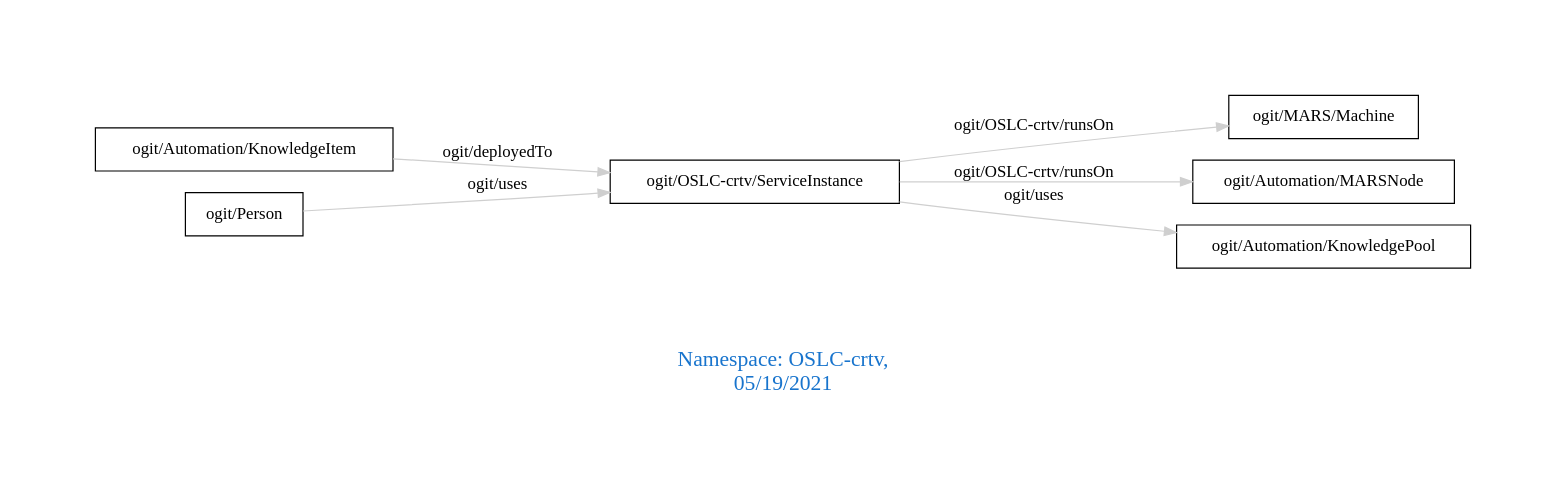
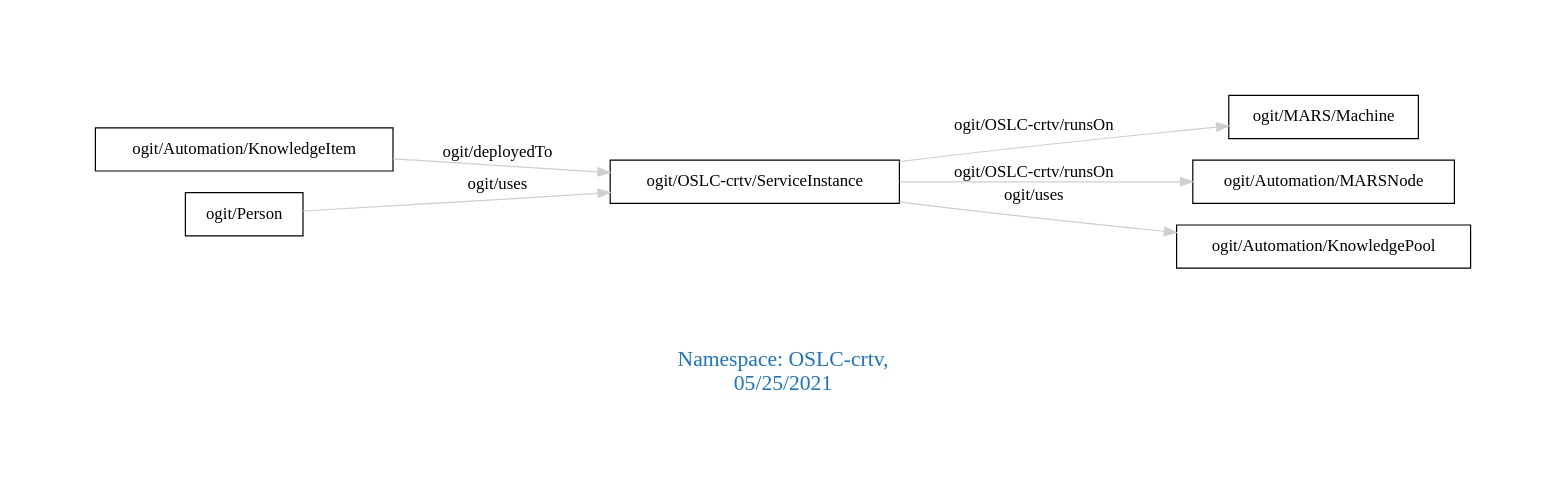
Before and after one commit to arago/OGIT: the diagram in downloads/OSLC-crtv.dot, drawn with Graphviz. The commit also changed 1877 other files, not shown here.

```diff
--- a/downloads/OSLC-crtv.dot
+++ b/downloads/OSLC-crtv.dot
@@ -1,13 +1,13 @@
 digraph OGIT_ontology {
  graph [ rankdir= LR,pad=1 
 fontsize = 18,
-fontcolor= dodgerblue3,label = "\n\n\nNamespace: OSLC-crtv, \n 05/19/2021"];
+fontcolor= dodgerblue3,label = "\n\n\nNamespace: OSLC-crtv, \n 05/25/2021"];
 node[shape=polygon];
 edge [  color="gray81"];
 
    "ogit/Automation/KnowledgeItem" -> "ogit/OSLC-crtv/ServiceInstance" [label="   ogit/deployedTo    "];
    "ogit/OSLC-crtv/ServiceInstance" -> "ogit/MARS/Machine" [label="   ogit/OSLC-crtv/runsOn    "];
    "ogit/OSLC-crtv/ServiceInstance" -> "ogit/Automation/MARSNode" [label="   ogit/OSLC-crtv/runsOn    "];
    "ogit/OSLC-crtv/ServiceInstance" -> "ogit/Automation/KnowledgePool" [label="   ogit/uses    "];
    "ogit/Person" -> "ogit/OSLC-crtv/ServiceInstance" [label="   ogit/uses    "];
 }
```
